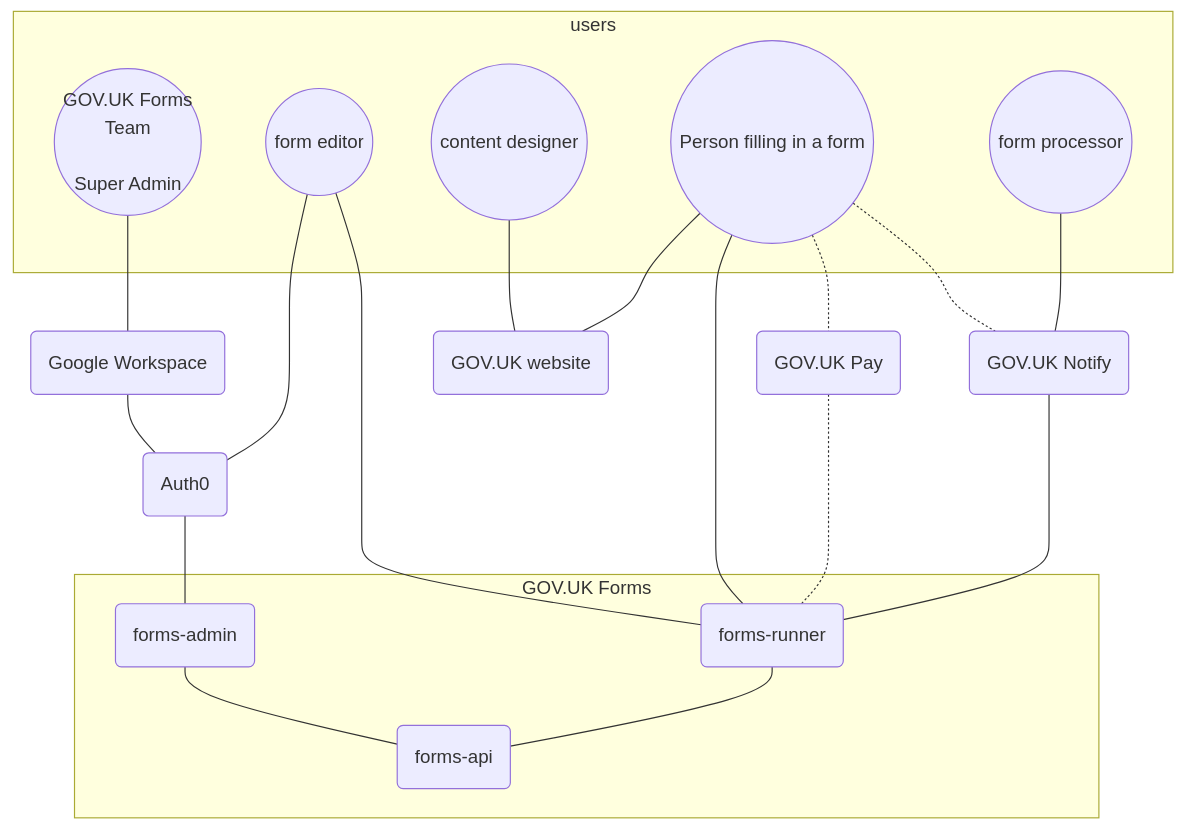
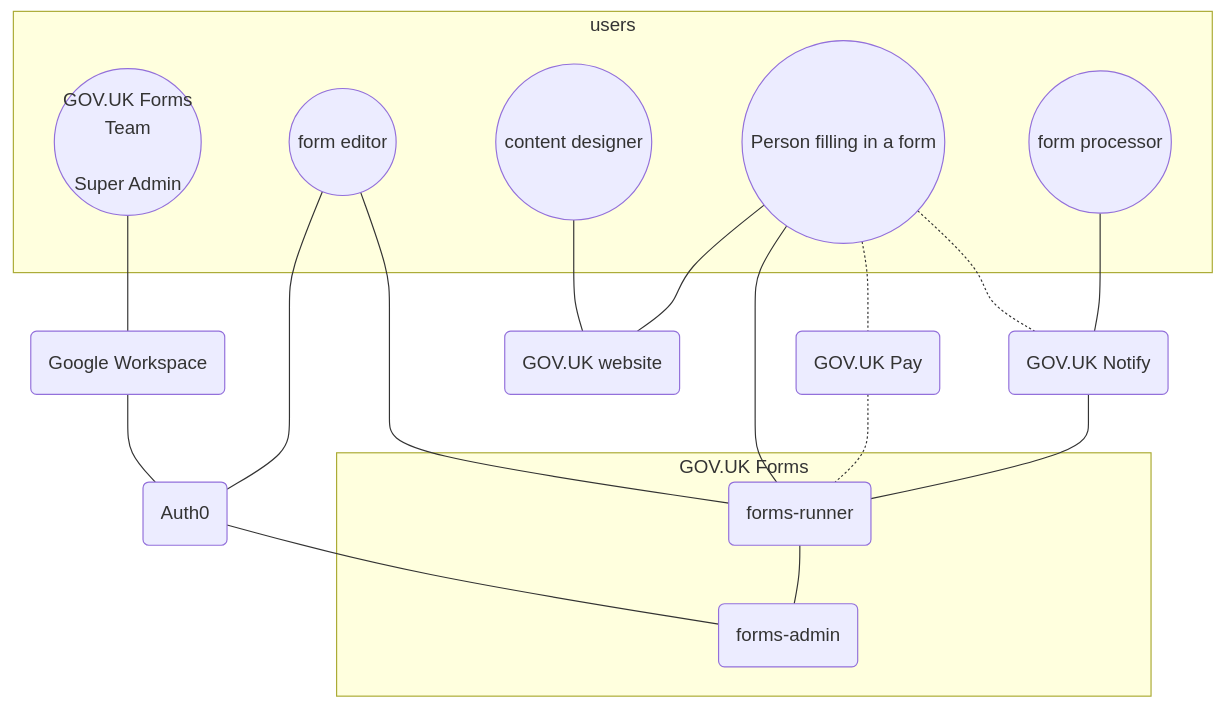
Before and after one commit to alphagov/forms: the diagram in diagrams/sequence-diagrams/README.md, drawn with Mermaid. The commit also changed other lines of this file and 1 other file, not shown here.

Commit message:
Remove deprecated forms-api from READMEs

````diff
--- a/diagrams/sequence-diagrams/README.md
+++ b/diagrams/sequence-diagrams/README.md
@@ -11,41 +11,40 @@
 ```mermaid
 graph TD
     subgraph users
         super_admin((GOV.UK Forms<br/>Team<br/><br/>Super Admin))
         editor((form editor))
         content((content designer))
         filler((Person filling in a form))
         processor((form processor))
     end
 
     auth0(Auth0)
     sso(Google Workspace)
     govuk(GOV.UK website)
 
     super_admin --- sso --- auth0
     editor --- auth0
     content --- govuk
 
     subgraph sg1 [GOV.UK Forms]
         admin(forms-admin)
-        api(forms-api)
         runner(forms-runner)
     end
 
     editor---runner
 
-    auth0 --- admin --- api
+    auth0 --- admin
     filler --- govuk
-    filler --- runner --- api
+    filler --- runner --- admin
 
     notify(GOV.UK Notify)
 
     pay(GOV.UK Pay)
     filler -.- pay -.- runner
 
     filler -.- notify
     notify --- runner
     processor --- notify
 
 
 ```
````
